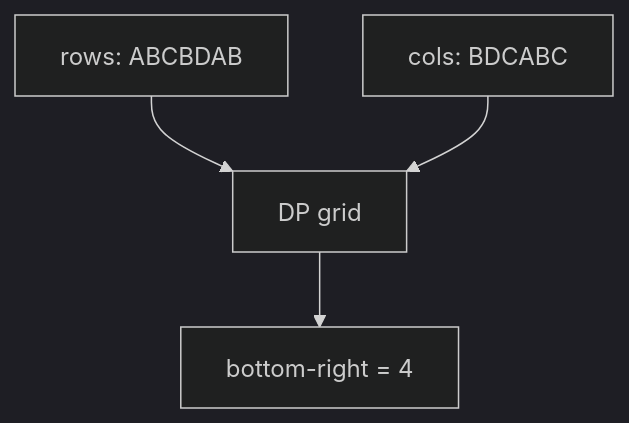
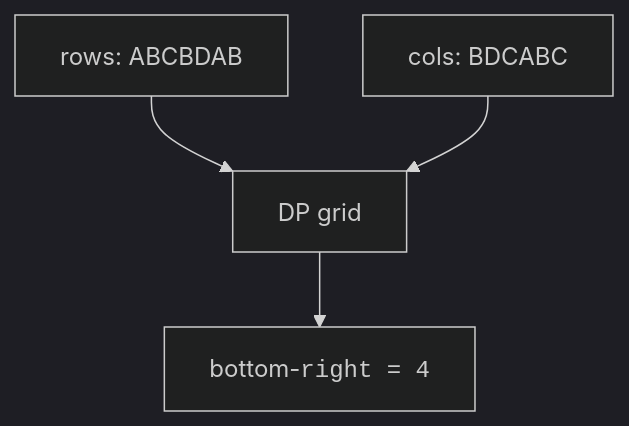
The fifth of 5 diagrams in content/learn/mastering-dsa-cpp/dynamic-programming.mdx (dataslope/dataslope), drawn with Mermaid (dark theme) before and after one commit. The commit also changed other lines of this file and 218 other files, not shown here.

First line of the commit message:
Render code-only mermaid shapes in monospace; convert step sequences to Steps (#467)

````diff
--- a/content/learn/mastering-dsa-cpp/dynamic-programming.mdx
+++ b/content/learn/mastering-dsa-cpp/dynamic-programming.mdx
@@ -200,6 +200,6 @@
 ```mermaid
 flowchart TD
     R["rows: ABCBDAB"] --> G["DP grid"]
     C["cols: BDCABC"] --> G
-    G --> A["bottom-right = 4"]
+    G --> A["bottom-<code>right = 4</code>"]
 ```
````
